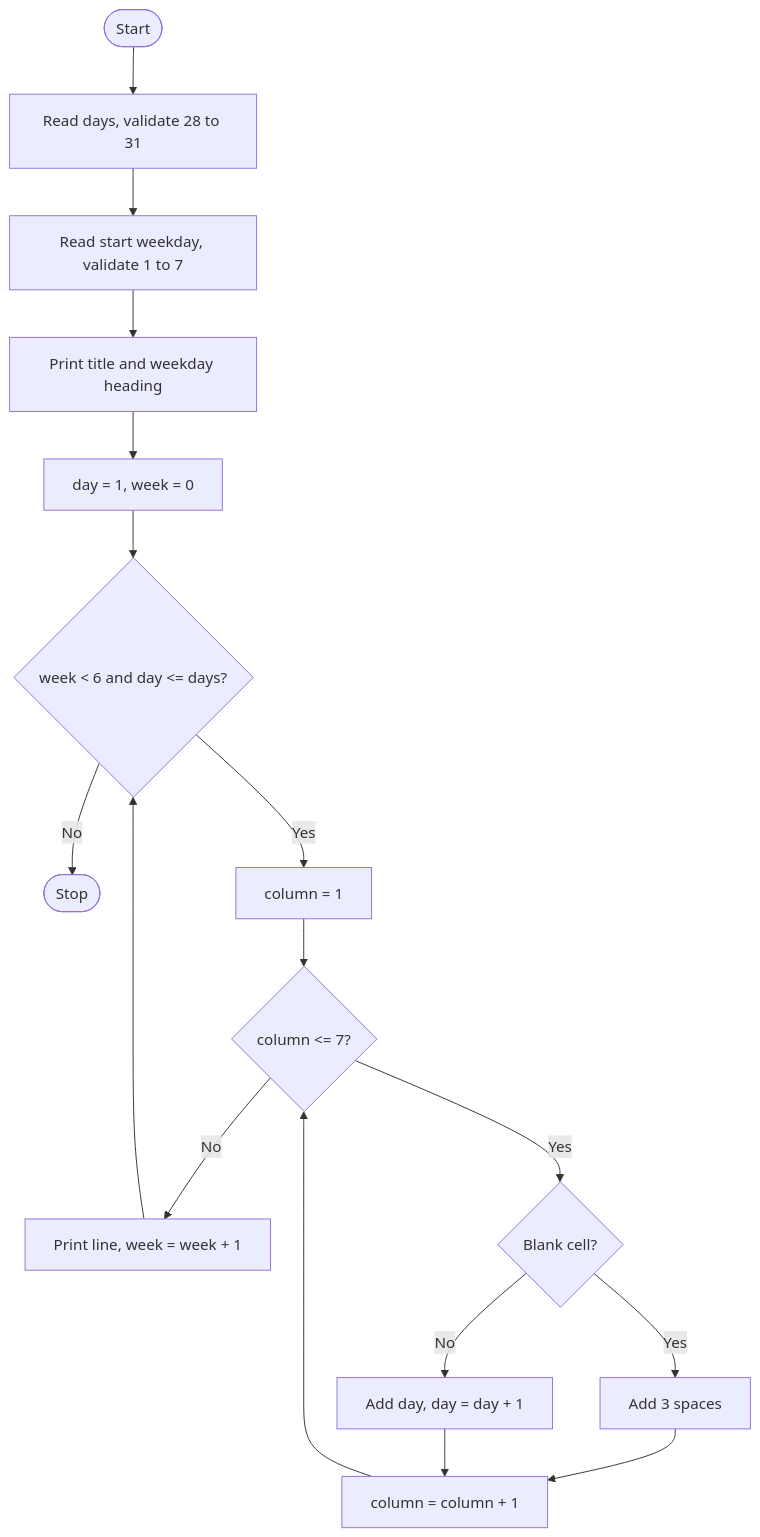
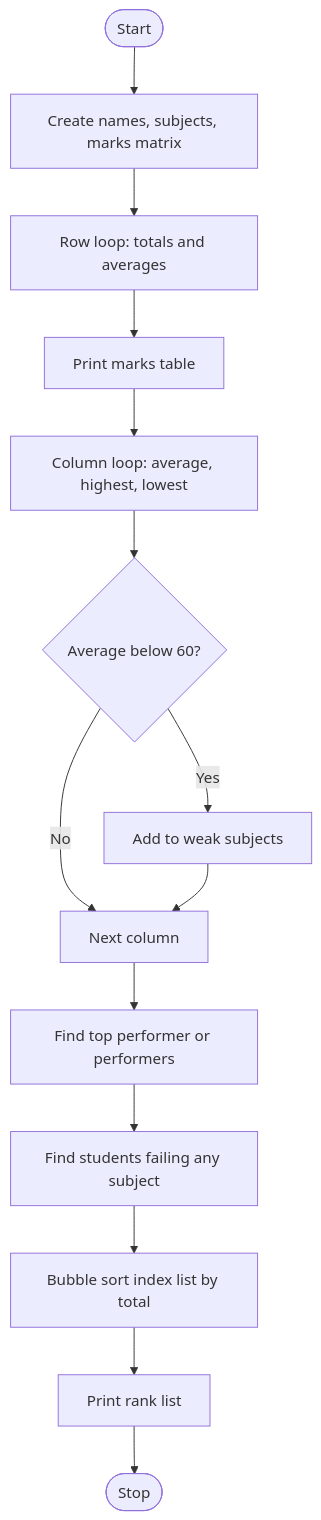
The diagram in README.md (shoukatsk28-gif/python-Activity-Based-Learning), drawn with Mermaid before and after one commit. The commit also changed other lines of this file and 2 other files, not shown here.

````diff
--- a/README.md
+++ b/README.md
@@ -52,17 +57,16 @@
 ```mermaid
 flowchart TD
-    A([Start]) --> B[Read days, validate 28 to 31]
-    B --> C[Read start weekday, validate 1 to 7]
-    C --> D[Print title and weekday heading]
-    D --> E[day = 1, week = 0]
-    E --> F{week < 6 and day <= days?}
-    F -- No --> Z([Stop])
-    F -- Yes --> G[column = 1]
-    G --> H{column <= 7?}
-    H -- No --> L[Print line, week = week + 1] --> F
-    H -- Yes --> I{Blank cell?}
-    I -- Yes --> J[Add 3 spaces]
-    I -- No --> K[Add day, day = day + 1]
-    J --> M[column = column + 1] --> H
-    K --> M
+    A([Start]) --> B[Create names, subjects, marks matrix]
+    B --> C[Row loop: totals and averages]
+    C --> D[Print marks table]
+    D --> E[Column loop: average, highest, lowest]
+    E --> F{Average below 60?}
+    F -- Yes --> G[Add to weak subjects]
+    F -- No --> H[Next column]
+    G --> H
+    H --> I[Find top performer or performers]
+    I --> J[Find students failing any subject]
+    J --> K[Bubble sort index list by total]
+    K --> L[Print rank list]
+    L --> M([Stop])
 ```
````
